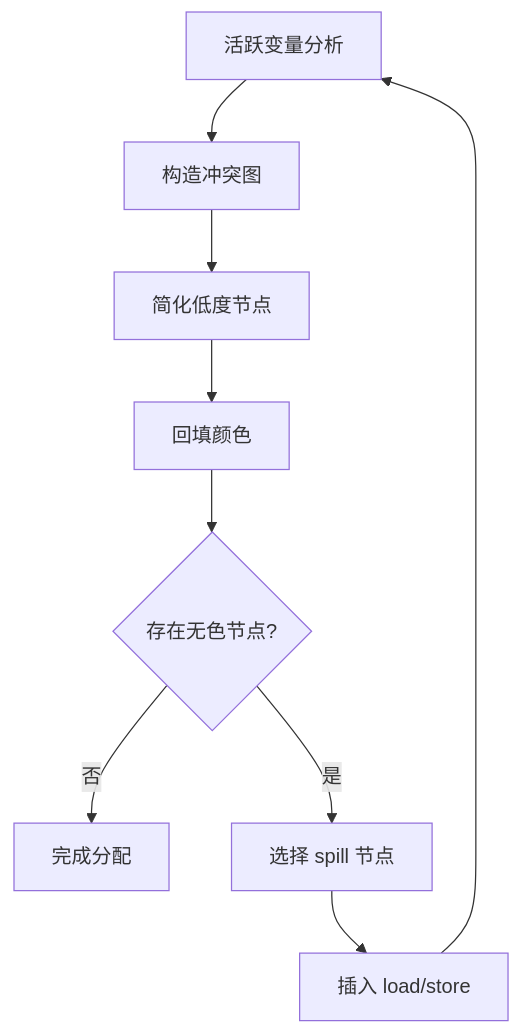
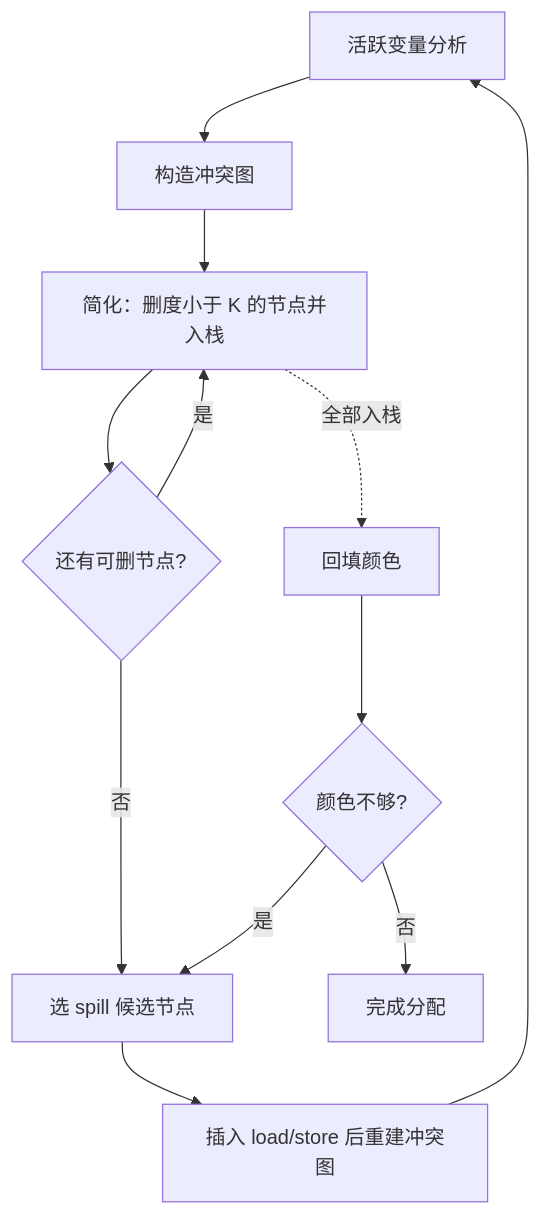
Before and after one commit to lightsmilew/compiler-principles: the third of 3 diagrams in docs/labs/part6-target-optimization.md, drawn with Mermaid. The commit also changed other lines of this file and 22 other files, not shown here.

Commit message:
优化表述，提供部分图表

````diff
--- a/docs/labs/part6-target-optimization.md
+++ b/docs/labs/part6-target-optimization.md
@@ -68,11 +170,14 @@
 ```mermaid
 flowchart TD
   L[活跃变量分析] --> G[构造冲突图]
-  G --> S[简化低度节点]
-  S --> C[回填颜色]
-  C --> Q{存在无色节点?}
+  G --> S[简化：删度小于 K 的节点并入栈]
+  S --> C{还有可删节点?}
+  C -- 是 --> S
+  C -- 否 --> P[选 spill 候选节点]
+  P --> I[插入 load/store 后重建冲突图]
+  I --> L
+  S -.->|全部入栈| B[回填颜色]
+  B --> Q{颜色不够?}
+  Q -- 是 --> P
   Q -- 否 --> R[完成分配]
-  Q -- 是 --> P[选择 spill 节点]
-  P --> I[插入 load/store]
-  I --> L
 ```
````
